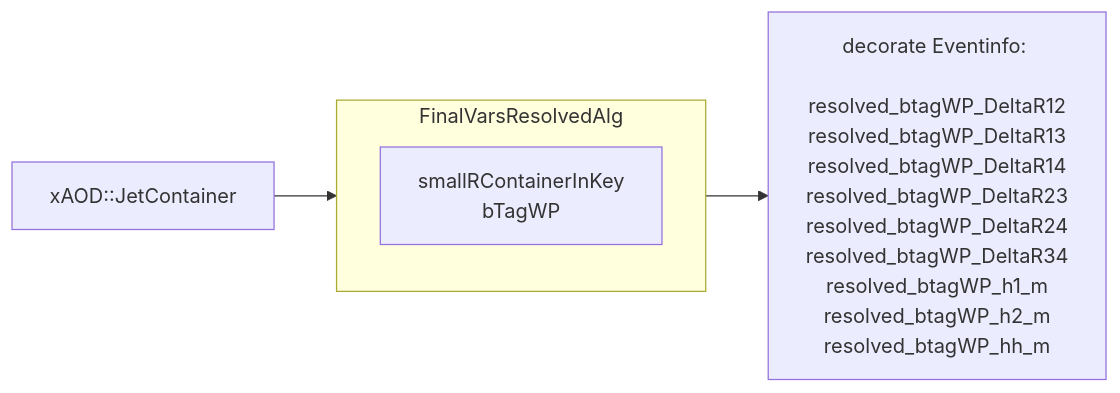
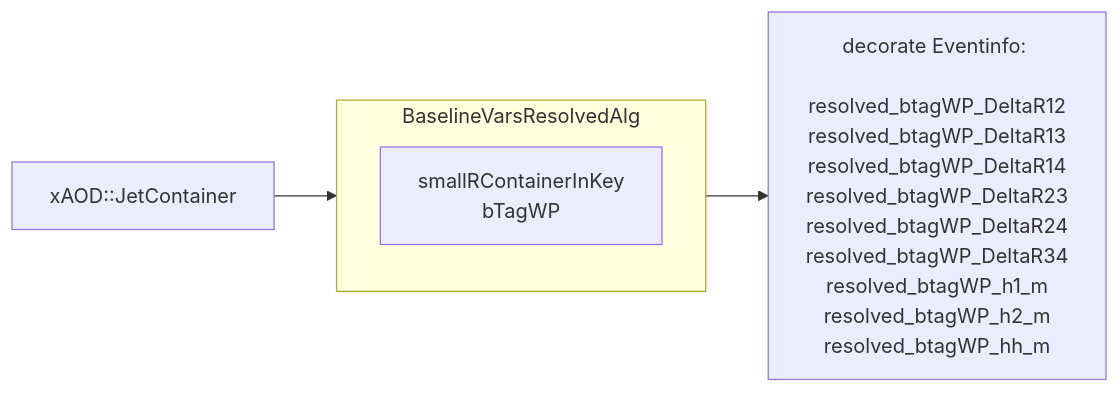
Before and after one commit to alessio94/easyjet-leptons-met: the fourth of 6 diagrams in docs/Algorithms.md, drawn with Mermaid. The commit also changed other lines of this file and 18 other files, not shown here.

````diff
--- a/docs/Algorithms.md
+++ b/docs/Algorithms.md
@@ -111,8 +111,8 @@
 ```mermaid
 flowchart LR
-A[xAOD::JetContainer] --> FinalVarsResolvedAlg
-subgraph FinalVarsResolvedAlg
+A[xAOD::JetContainer] --> BaselineVarsResolvedAlg
+subgraph BaselineVarsResolvedAlg
 smallRContainerInKey\nbTagWP
 end
-FinalVarsResolvedAlg --> B[decorate Eventinfo: \n resolved_btagWP_DeltaR12\nresolved_btagWP_DeltaR13\nresolved_btagWP_DeltaR14\nresolved_btagWP_DeltaR23\nresolved_btagWP_DeltaR24\nresolved_btagWP_DeltaR34\nresolved_btagWP_h1_m\nresolved_btagWP_h2_m\nresolved_btagWP_hh_m]
+BaselineVarsResolvedAlg --> B[decorate Eventinfo: \n resolved_btagWP_DeltaR12\nresolved_btagWP_DeltaR13\nresolved_btagWP_DeltaR14\nresolved_btagWP_DeltaR23\nresolved_btagWP_DeltaR24\nresolved_btagWP_DeltaR34\nresolved_btagWP_h1_m\nresolved_btagWP_h2_m\nresolved_btagWP_hh_m]
 ```
````
